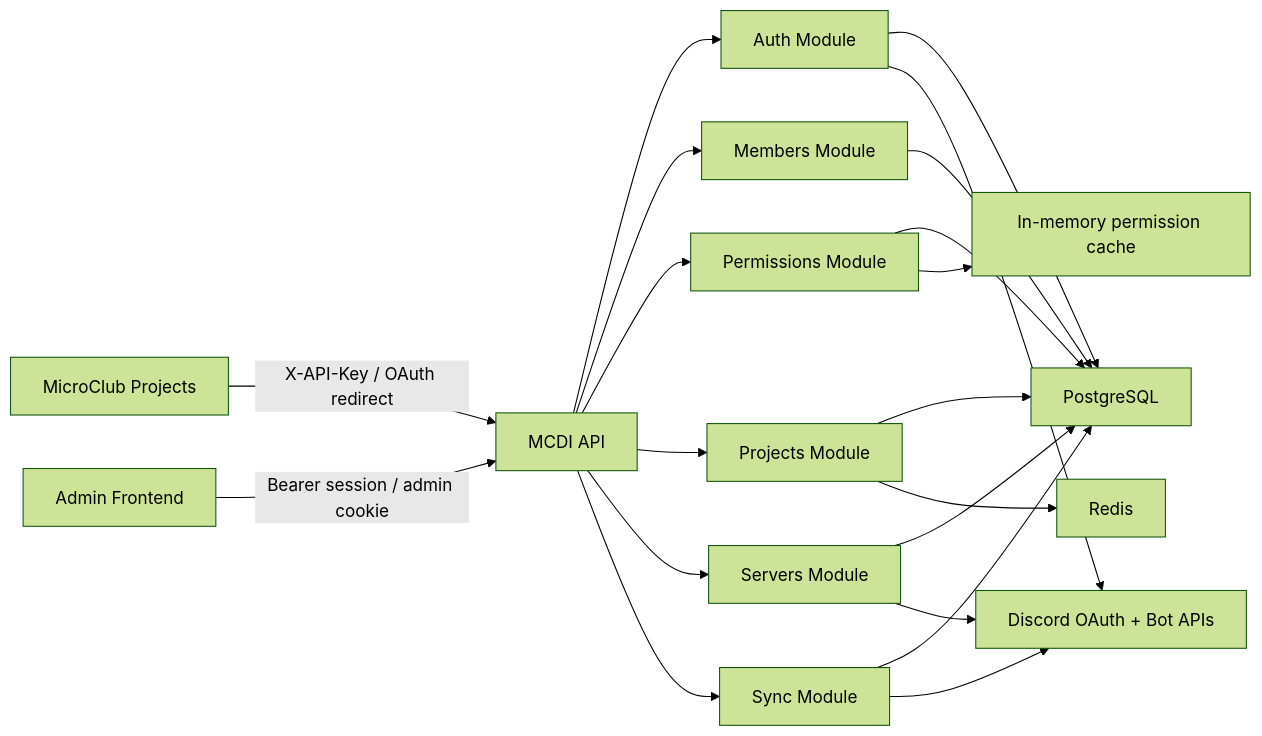
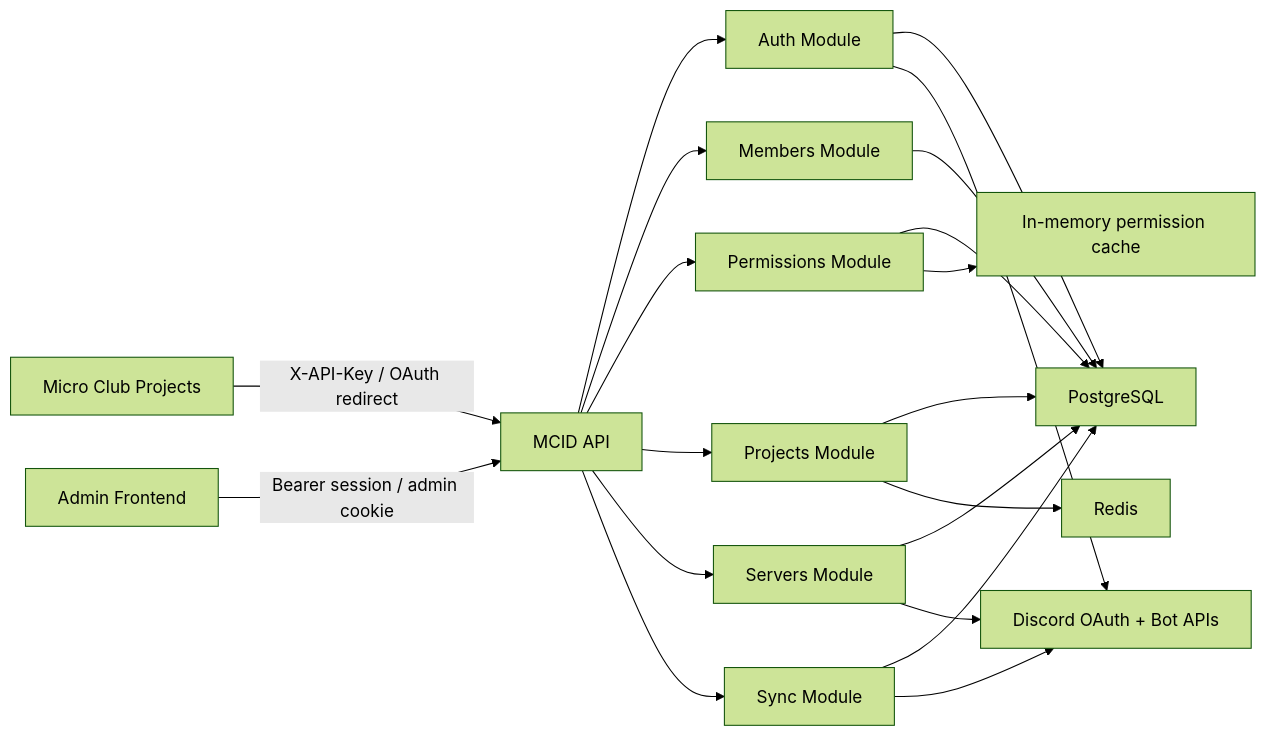
Before and after one commit to MicroClub-USTHB/MCDI: the first of 3 diagrams in docs/specefication_document_last_version.md, drawn with Mermaid (forest theme). The commit also changed other lines of this file and 24 other files, not shown here.

````diff
--- a/docs/specefication_document_last_version.md
+++ b/docs/specefication_document_last_version.md
@@ -33,22 +33,22 @@
 ```mermaid
 flowchart LR
-  P["MicroClub Projects"] -->|"X-API-Key / OAuth redirect"| API["MCDI API"]
+  P["Micro Club Projects"] -->|"X-API-Key / OAuth redirect"| API["MCID API"]
   A["Admin Frontend"] -->|"Bearer session / admin cookie"| API
   API --> AUTH["Auth Module"]
   API --> MEM["Members Module"]
   API --> PERM["Permissions Module"]
   API --> PROJ["Projects Module"]
   API --> SERV["Servers Module"]
   API --> SYNC["Sync Module"]
   AUTH --> PG["PostgreSQL"]
   MEM --> PG
   PERM --> PG
   PROJ --> PG
   SERV --> PG
   SYNC --> PG
   PROJ --> REDIS["Redis"]
   PERM --> CACHE["In-memory permission cache"]
   AUTH --> DISCORD["Discord OAuth + Bot APIs"]
   SYNC --> DISCORD
   SERV --> DISCORD
 ```
````
